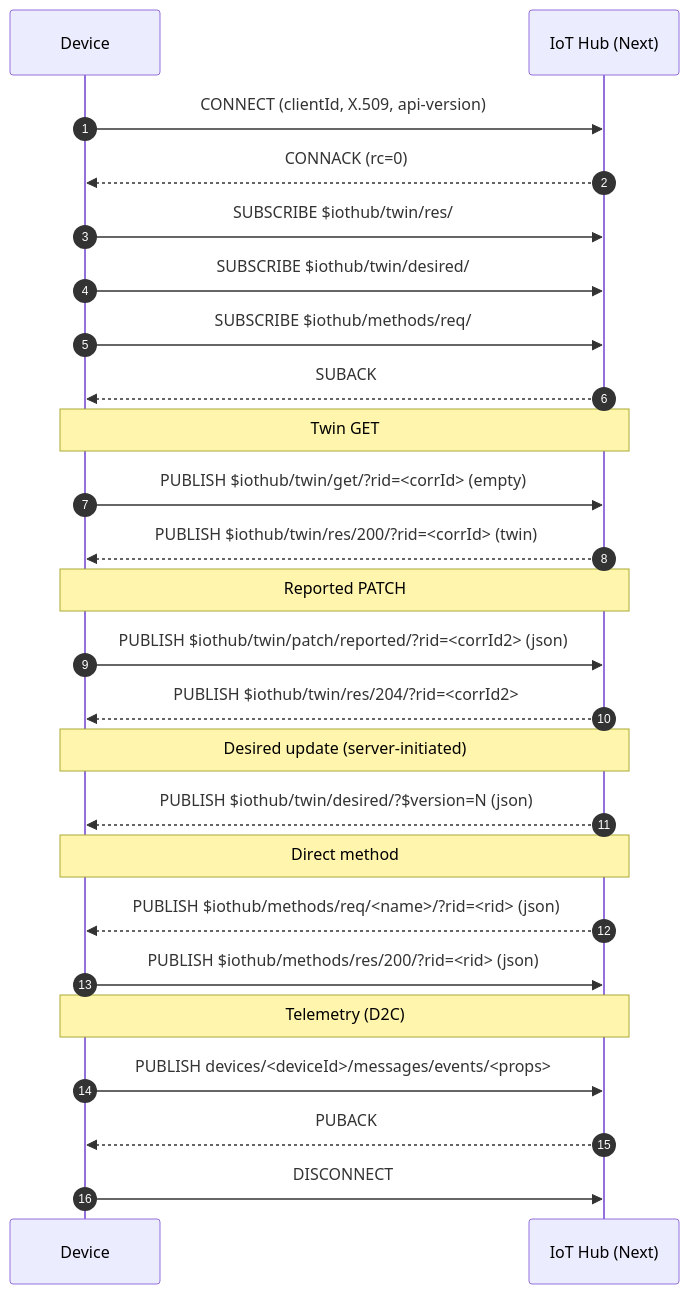
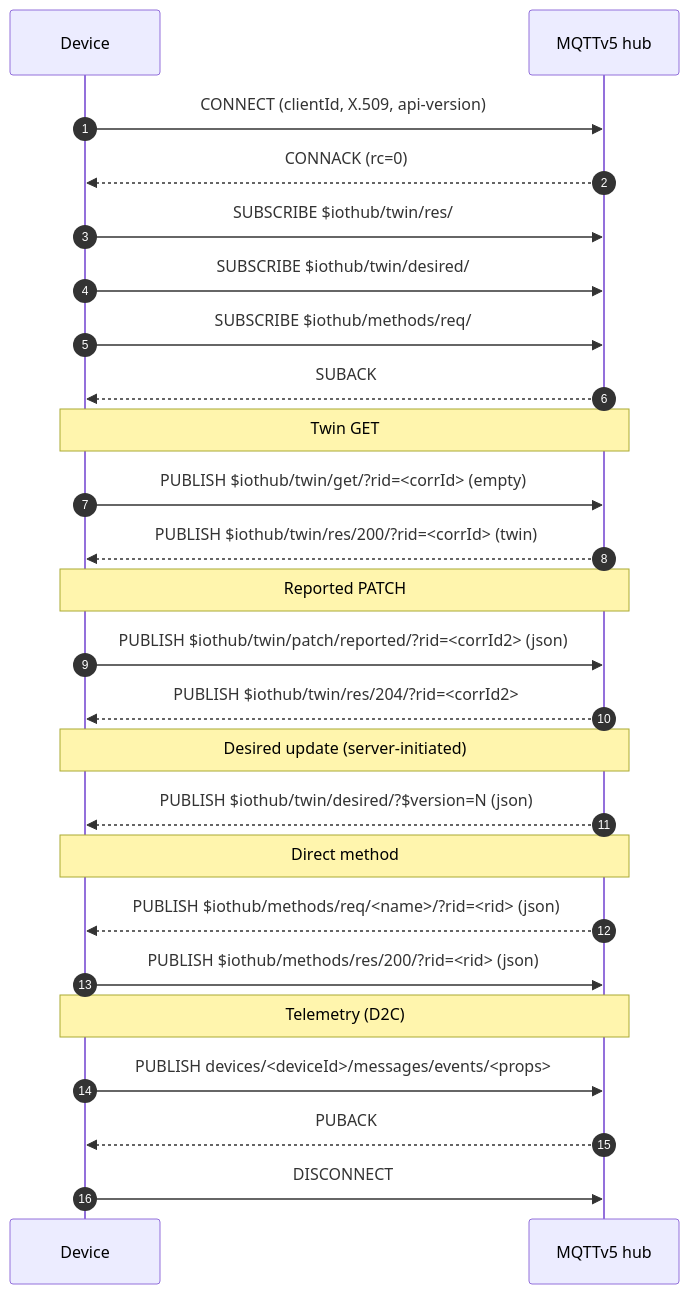
One commit to Azure/azure-iot-sdk changed the third of 4 diagrams in c/docs/design.md. Above: the diagram before and after it, drawn with Mermaid. The commit also changed other lines of this file and 99 other files, not shown here.

First line of the commit message:
[C] Rename Classic/Next/AEG to MQTTv3/MQTTv5 (#274)

````diff
--- a/c/docs/design.md
+++ b/c/docs/design.md
@@ -150,35 +150,35 @@
 ```mermaid
 sequenceDiagram
     autonumber
     participant Dev as Device
-    participant Hub as IoT Hub (Next)
+    participant Hub as MQTTv5 hub
 
     Dev->>Hub: CONNECT (clientId, X.509, api-version)
     Hub-->>Dev: CONNACK (rc=0)
 
     Dev->>Hub: SUBSCRIBE $iothub/twin/res/#
     Dev->>Hub: SUBSCRIBE $iothub/twin/desired/#
     Dev->>Hub: SUBSCRIBE $iothub/methods/req/#
     Hub-->>Dev: SUBACK
 
     Note over Dev,Hub: Twin GET
     Dev->>Hub: PUBLISH $iothub/twin/get/?rid=<corrId>  (empty)
     Hub-->>Dev: PUBLISH $iothub/twin/res/200/?rid=<corrId>  (twin)
 
     Note over Dev,Hub: Reported PATCH
     Dev->>Hub: PUBLISH $iothub/twin/patch/reported/?rid=<corrId2>  (json)
     Hub-->>Dev: PUBLISH $iothub/twin/res/204/?rid=<corrId2>
 
     Note over Dev,Hub: Desired update (server-initiated)
     Hub-->>Dev: PUBLISH $iothub/twin/desired/?$version=N  (json)
 
     Note over Dev,Hub: Direct method
     Hub-->>Dev: PUBLISH $iothub/methods/req/<name>/?rid=<rid>  (json)
     Dev->>Hub: PUBLISH $iothub/methods/res/200/?rid=<rid>  (json)
 
     Note over Dev,Hub: Telemetry (D2C)
     Dev->>Hub: PUBLISH devices/<deviceId>/messages/events/<props>
     Hub-->>Dev: PUBACK
 
     Dev->>Hub: DISCONNECT
 ```
````
